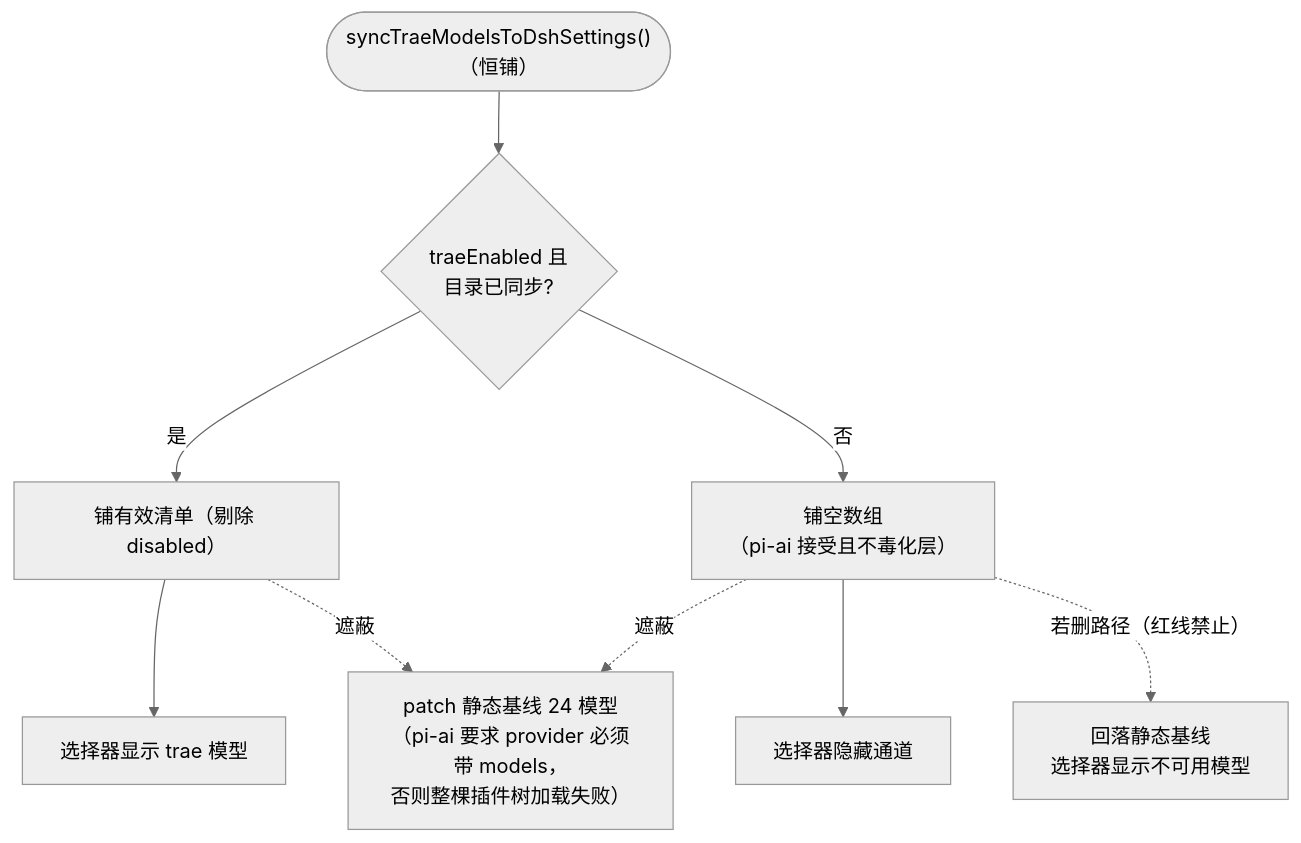
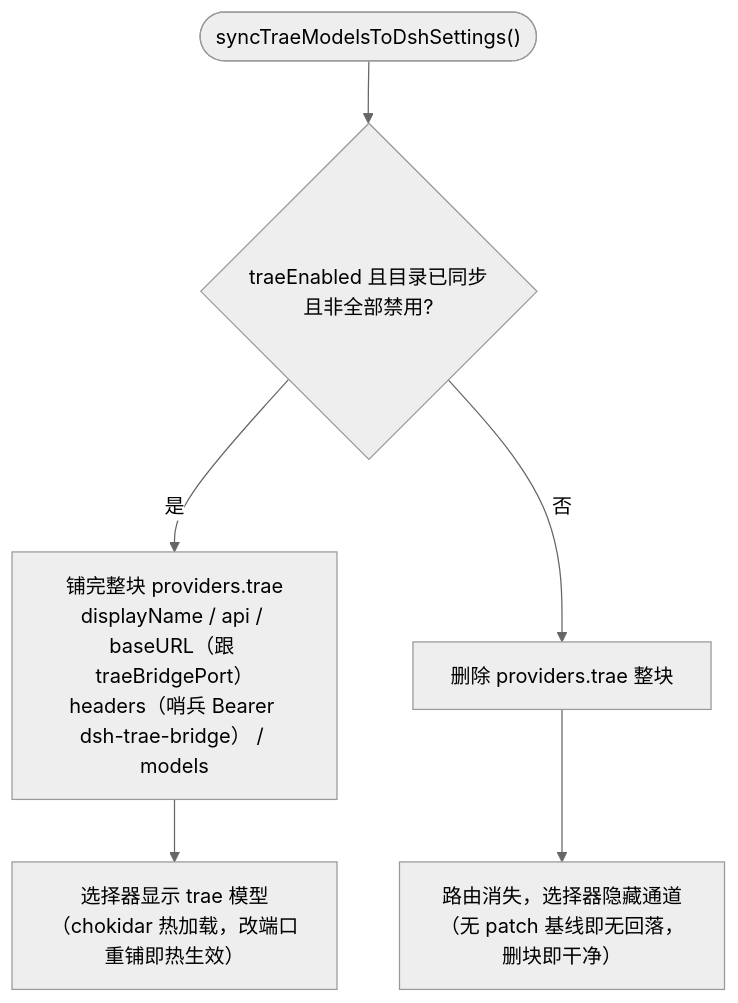
Before and after one commit to taikaikaikai-pixel/dsh-codebuddy-plugin: the second of 3 diagrams in wiki/08-config-and-files.md, drawn with Mermaid (neutral theme). The commit also changed other lines of this file and 19 other files, not shown here.

````diff
--- a/wiki/08-config-and-files.md
+++ b/wiki/08-config-and-files.md
@@ -48,11 +50,8 @@
 ```mermaid
 flowchart TB
-    T(["syncTraeModelsToDshSettings()（恒铺）"]) --> C{"traeEnabled 且<br/>目录已同步?"}
-    C -->|是| REAL["铺有效清单（剔除 disabled）"]
-    C -->|否| EMPTY["铺空数组<br/>（pi-ai 接受且不毒化层）"]
-    REAL --> ON["选择器显示 trae 模型"]
-    EMPTY --> OFF["选择器隐藏通道"]
-    REAL -.->|"遮蔽"| BASE["patch 静态基线 24 模型<br/>（pi-ai 要求 provider 必须带 models，<br/>否则整棵插件树加载失败）"]
-    EMPTY -.->|"遮蔽"| BASE
-    EMPTY -.->|"若删路径（红线禁止）"| BAD["回落静态基线<br/>选择器显示不可用模型"]
+    T(["syncTraeModelsToDshSettings()"]) --> C{"traeEnabled 且目录已同步<br/>且非全部禁用?"}
+    C -->|是| REAL["铺完整块 providers.trae<br/>displayName / api / baseURL（跟 traeBridgePort）<br/>headers（哨兵 Bearer dsh-trae-bridge） / models"]
+    C -->|否| DEL["删除 providers.trae 整块"]
+    REAL --> ON["选择器显示 trae 模型<br/>（chokidar 热加载，改端口重铺即热生效）"]
+    DEL --> OFF["路由消失，选择器隐藏通道<br/>（无 patch 基线即无回落，删块即干净）"]
 ```
````
